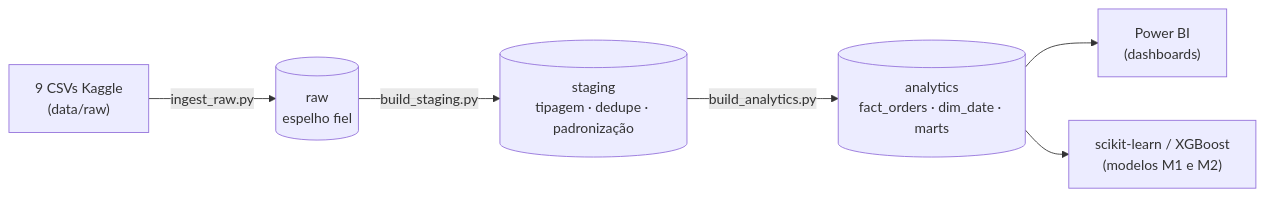
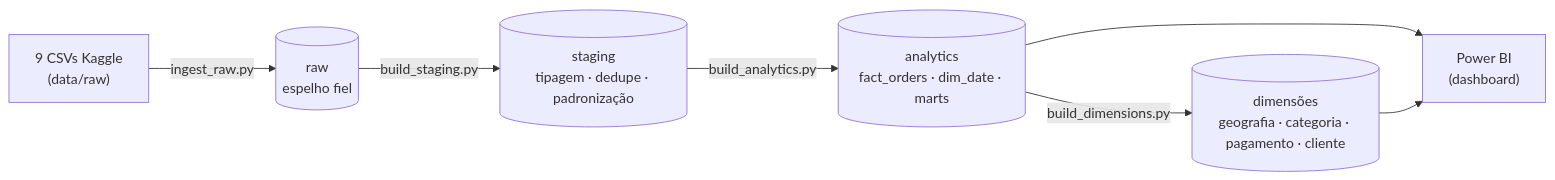
Before and after one commit to jaimejrs/olist-logistics-prediction: the first of 2 diagrams in README.md, drawn with Mermaid. The commit also changed other lines of this file and 150 other files, not shown here.

````diff
--- a/README.md
+++ b/README.md
@@ -35,8 +36,9 @@
 ```mermaid
 flowchart LR
     CSV["9 CSVs Kaggle<br/>(data/raw)"] -->|ingest_raw.py| RAW[("raw<br/>espelho fiel")]
     RAW -->|build_staging.py| STG[("staging<br/>tipagem · dedupe · padronização")]
     STG -->|build_analytics.py| ANL[("analytics<br/>fact_orders · dim_date · marts")]
-    ANL --> BI["Power BI<br/>(dashboards)"]
-    ANL --> ML["scikit-learn / XGBoost<br/>(modelos M1 e M2)"]
+    ANL -->|build_dimensions.py| DIM[("dimensões<br/>geografia · categoria · pagamento · cliente")]
+    ANL --> BI["Power BI<br/>(dashboard)"]
+    DIM --> BI
 ```
````
